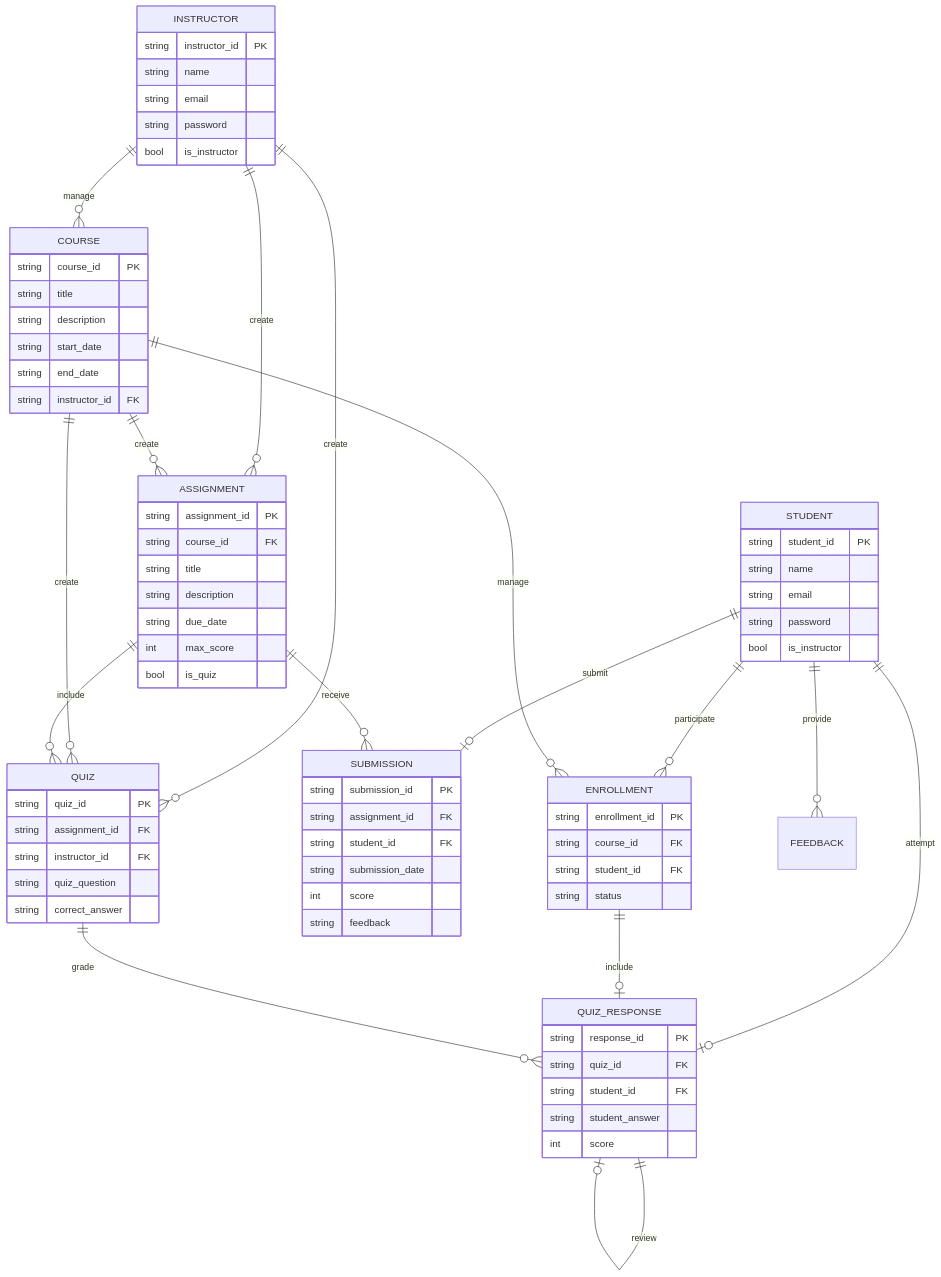
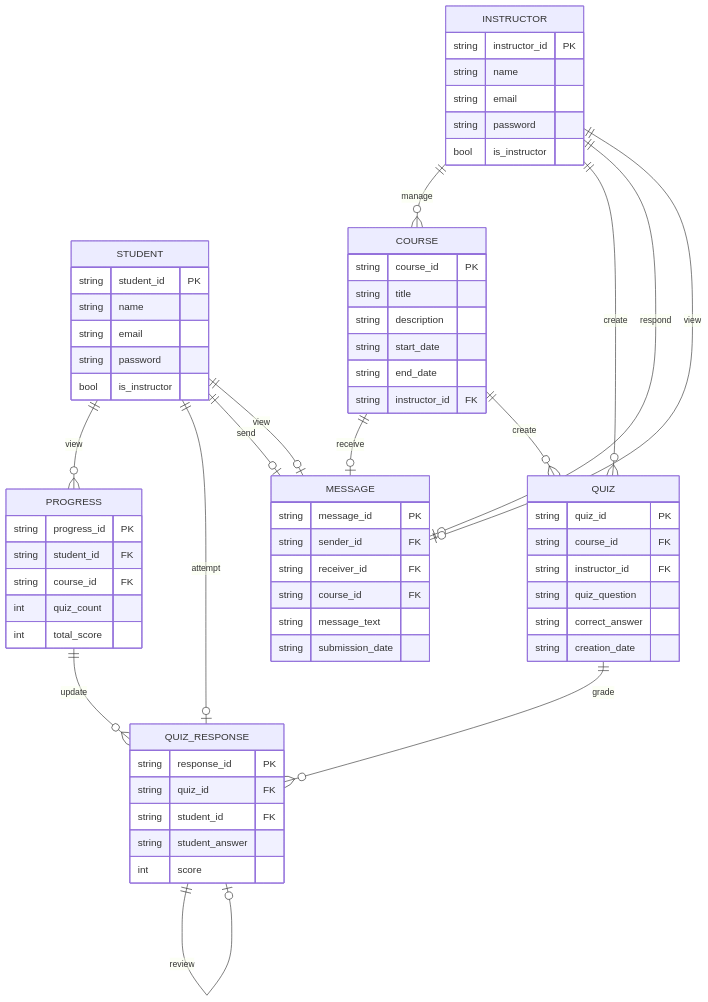
Before and after one commit to Phastboy/diver-learn: the diagram in database.md, drawn with Mermaid.

````diff
--- a/database.md
+++ b/database.md
@@ -1,77 +1,68 @@
 ```mermaid
 erDiagram
 	STUDENT {
 	string student_id PK
 	string name
 	string email
 	string password
 	bool is_instructor
 	}
 	INSTRUCTOR {
 	string instructor_id PK
 	string name
 	string email
 	string password
 	bool is_instructor
 	}
 	COURSE {
 	string course_id PK
 	string title
 	string description
 	string start_date
 	string end_date
 	string instructor_id FK
 	}
-	ENROLLMENT {
-	string enrollment_id PK
-	string course_id FK
-	string student_id FK
-	string status
-	}
-	ASSIGNMENT {
-	string assignment_id PK
-	string course_id FK
-	string title
-	string description
-	string due_date
-	int max_score
-	bool is_quiz
-	}
-	SUBMISSION {
-	string submission_id PK
-	string assignment_id FK
-	string student_id FK
-	string submission_date
-	int score
-	string feedback
-	}
 	QUIZ {
 	string quiz_id PK
-	string assignment_id FK
+	string course_id FK
 	string instructor_id FK
 	string quiz_question
 	string correct_answer
+	string creation_date
 	}
 	QUIZ_RESPONSE {
 	string response_id PK
 	string quiz_id FK
 	string student_id FK
 	string student_answer
 	int score
 	}
-	STUDENT ||--o{ ENROLLMENT : participate
-	STUDENT ||--o| SUBMISSION : submit
-	STUDENT ||--o{ FEEDBACK : provide
+	PROGRESS {
+	string progress_id PK
+	string student_id FK
+	string course_id FK
+	int quiz_count
+	int total_score
+	}
+	MESSAGE {
+	string message_id PK
+	string sender_id FK
+	string receiver_id FK
+	string course_id FK
+	string message_text
+	string submission_date
+	}
+	STUDENT ||--o{ PROGRESS : view
 	STUDENT ||--o| QUIZ_RESPONSE : attempt
+	STUDENT ||--o| MESSAGE : send
+	STUDENT ||--o| MESSAGE : view
 	INSTRUCTOR ||--o{ COURSE : manage
-	INSTRUCTOR ||--o{ ASSIGNMENT : create
 	INSTRUCTOR ||--o{ QUIZ : create
-	ENROLLMENT ||--o| QUIZ_RESPONSE : include
-	COURSE ||--o{ ENROLLMENT : manage
-	COURSE ||--o{ ASSIGNMENT : create
+	INSTRUCTOR ||--o| MESSAGE : respond
+	INSTRUCTOR ||--o| MESSAGE : view
+	COURSE ||--o| MESSAGE : receive
 	COURSE ||--o{ QUIZ : create
-	ASSIGNMENT ||--o{ SUBMISSION : receive
-	ASSIGNMENT ||--o{ QUIZ : include
 	QUIZ ||--o{ QUIZ_RESPONSE : grade
 	QUIZ_RESPONSE ||--o| QUIZ_RESPONSE : review
+	PROGRESS ||--o{ QUIZ_RESPONSE : update
 ```
````
